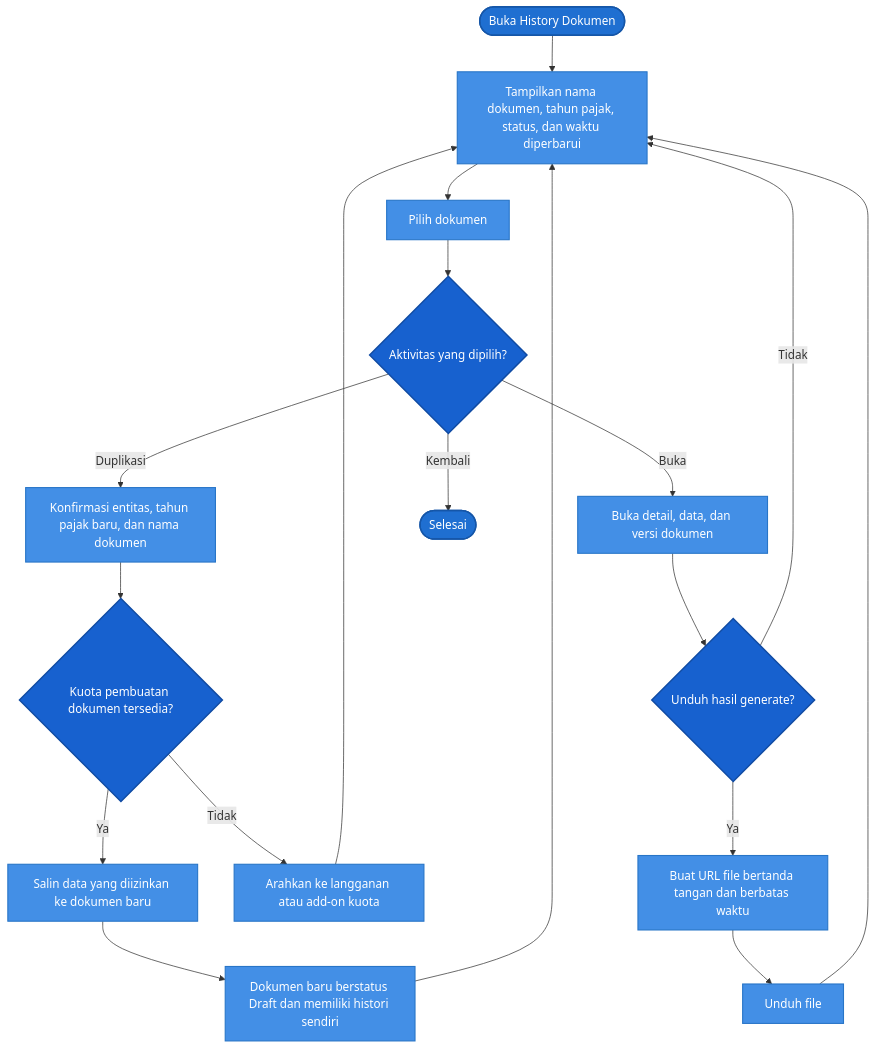
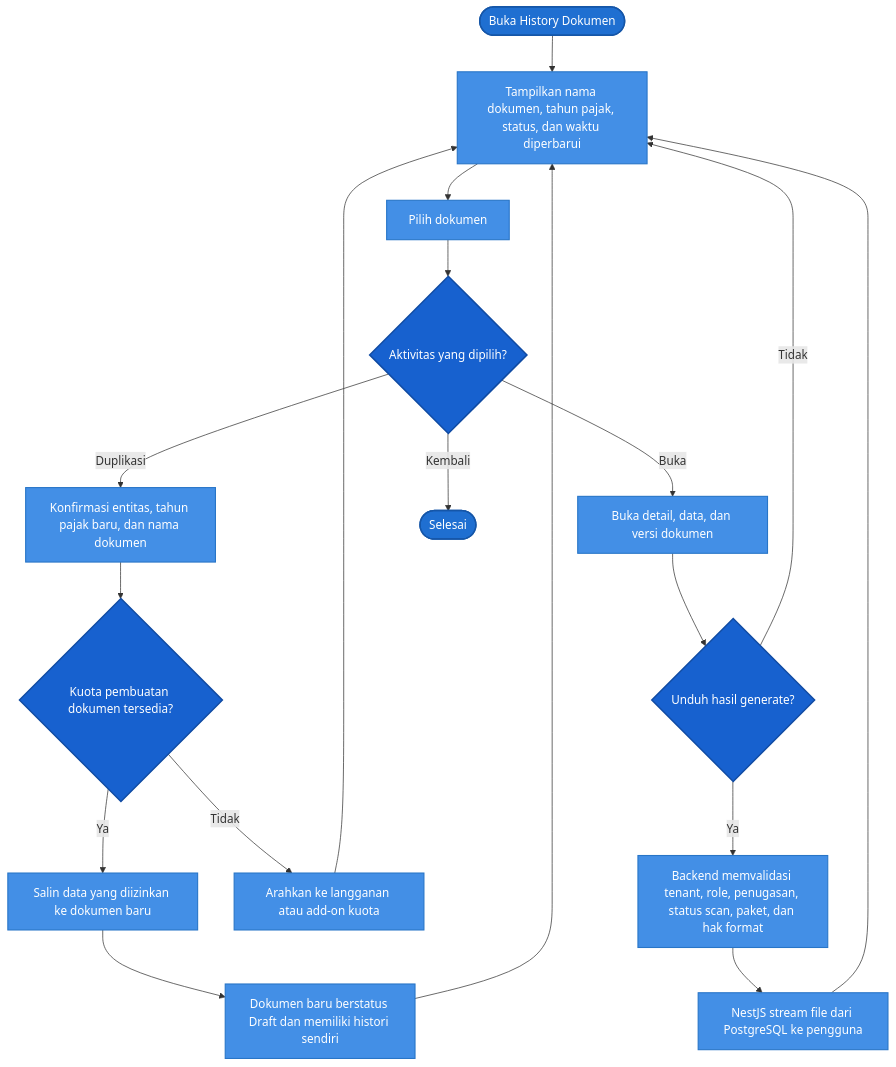
The fourth of 4 diagrams in 01-By-System/03-Business-Flow/02-Document-Generation.md (dayatmuc/tp-docs-documentation), drawn with Mermaid before and after one commit. The commit also changed other lines of this file and 27 other files, not shown here.

````diff
--- a/01-By-System/03-Business-Flow/02-Document-Generation.md
+++ b/01-By-System/03-Business-Flow/02-Document-Generation.md
@@ -146,30 +146,30 @@
 ```mermaid
 flowchart TD
     DH_START([Buka History Dokumen]) --> DH_LIST[Tampilkan nama dokumen, tahun pajak, status, dan waktu diperbarui]
     DH_LIST --> DH_SELECT[Pilih dokumen]
     DH_SELECT --> DH_ACTION{"Aktivitas yang dipilih?"}
 
     DH_ACTION -- "Buka" --> DH_OPEN[Buka detail, data, dan versi dokumen]
     DH_OPEN --> DH_DOWNLOAD{"Unduh hasil generate?"}
-    DH_DOWNLOAD -- "Ya" --> DH_URL[Buat URL file bertanda tangan dan berbatas waktu]
-    DH_URL --> DH_FILE[Unduh file]
+    DH_DOWNLOAD -- "Ya" --> DH_URL[Backend memvalidasi tenant, role, penugasan, status scan, paket, dan hak format]
+    DH_URL --> DH_FILE[NestJS stream file dari PostgreSQL ke pengguna]
     DH_DOWNLOAD -- "Tidak" --> DH_LIST
     DH_FILE --> DH_LIST
 
     DH_ACTION -- "Duplikasi" --> DH_CONFIRM[Konfirmasi entitas, tahun pajak baru, dan nama dokumen]
     DH_CONFIRM --> DH_QUOTA{"Kuota pembuatan dokumen tersedia?"}
     DH_QUOTA -- "Tidak" --> DH_LIMIT[Arahkan ke langganan atau add-on kuota]
     DH_LIMIT --> DH_LIST
     DH_QUOTA -- "Ya" --> DH_COPY[Salin data yang diizinkan ke dokumen baru]
     DH_COPY --> DH_NEW_VERSION[Dokumen baru berstatus Draft dan memiliki histori sendiri]
     DH_NEW_VERSION --> DH_LIST
 
     DH_ACTION -- "Kembali" --> DH_END([Selesai])
 
     classDef terminal fill:#1f6fd1,color:#fff,stroke:#1556a8,stroke-width:2px;
     classDef process fill:#438fe6,color:#fff,stroke:#2875c7,stroke-width:1.5px;
     classDef decision fill:#1761cf,color:#fff,stroke:#104ba3,stroke-width:2px;
     class DH_START,DH_END terminal;
     class DH_LIST,DH_SELECT,DH_OPEN,DH_URL,DH_FILE,DH_CONFIRM,DH_LIMIT,DH_COPY,DH_NEW_VERSION process;
     class DH_ACTION,DH_DOWNLOAD,DH_QUOTA decision;
 ```
````
